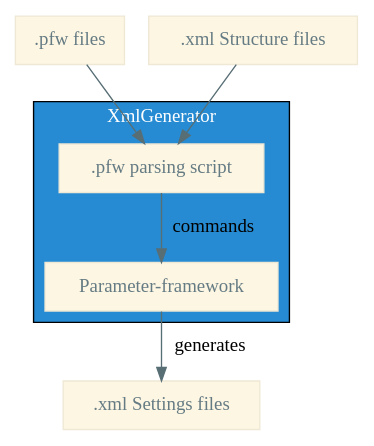
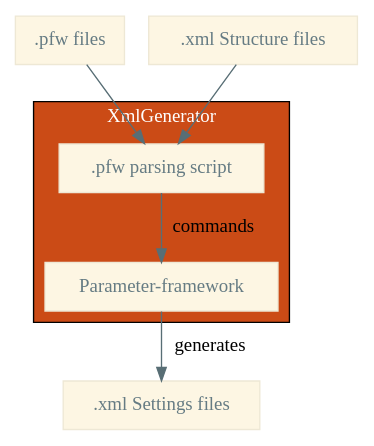
Before and after one commit to Makohoek/internship-report: the diagram in report/src/img/build-generation/build-generation.dot, drawn with Graphviz.

Commit message:
build gen colours

```diff
--- a/report/src/img/build-generation/build-generation.dot
+++ b/report/src/img/build-generation/build-generation.dot
@@ -1,53 +1,53 @@
 /**
  * build-generation diagram with solarized light colorscheme
  * Example found on http://fsteeg.com/2006/11/17/uml-class-diagrams-with-graphviz/
  *
  * Colors added by Mattijs Korpershoek
  * <mattijs.korpershoek@gmail.com>
  */
 
 /*
  * Solarized colorscheme:
  * $base03:    #002b36;
  * $base02:    #073642;
  * $base01:    #586e75;
  * $base00:    #657b83;
  * $base0:     #839496;
  * $base1:     #93a1a1;
  * $base2:     #eee8d5;
  * $base3:     #fdf6e3;
  * $yellow:    #b58900;
  * $orange:    #cb4b16;
  * $red:       #dc322f;
  * $magenta:   #d33682;
  * $violet:    #6c71c4;
  * $blue:      #268bd2;
  * $cyan:      #2aa198;
  * $green:     #859900;
  * */
 digraph hierarchy
 {
   size="15,15"
     node[shape=record,style=filled,fillcolor="#fdf6e3", fontcolor="#657b83", color="#eee8d5"]
     edge[dir=forward, arrowtail=open, color="#586e75"]
 
 
     pfwFiles [label=".pfw files"];
   structure[label=".xml Structure files"];
 
   subgraph clusterVHal{
     label="XmlGenerator";
     parsingScript[label=".pfw parsing script"];
     parsingScript -> pfw [label="commands"];
     pfw[label="Parameter-framework"];
-    bgcolor="#268bd2";
+    bgcolor="#cb4b16";
     fontcolor="#ffffff";
 
   }
   generatedSettings[label=".xml Settings files"];
 
   pfwFiles -> parsingScript;
   structure -> parsingScript;
 
   pfw -> generatedSettings [label="generates"];
 }
```
